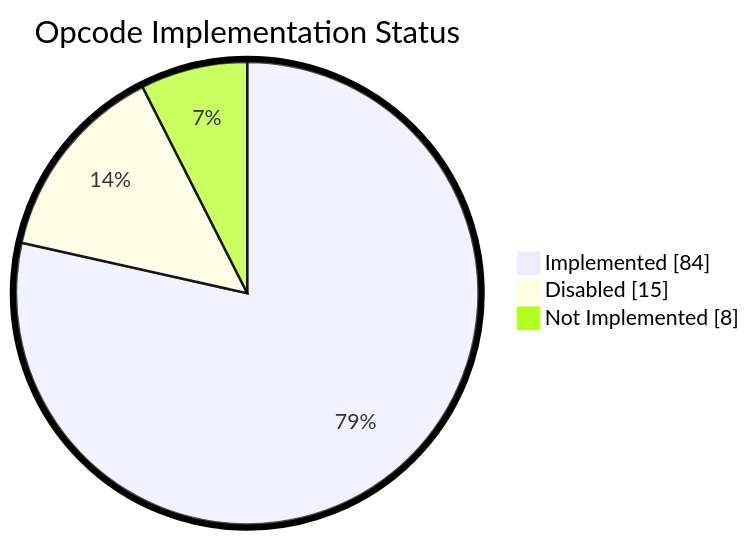
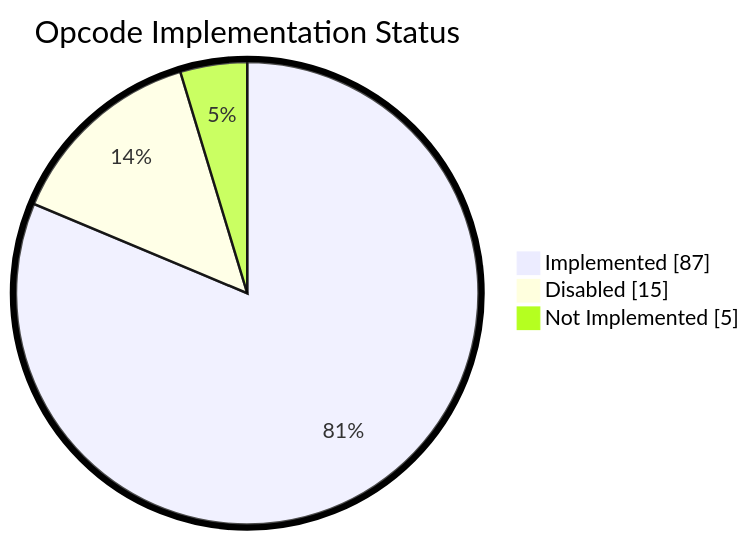
The diagram in README.md (keep-starknet-strange/shinigami), drawn with Mermaid before and after one commit. The commit also changed other lines of this file, not shown here.

````diff
--- a/README.md
+++ b/README.md
@@ -56,8 +56,8 @@
 ```mermaid
 %%{init: {"pie": {"textPosition": 0.75}, "themeVariables": {"pieOuterStrokeWidth": "5px"}} }%%
 pie showData
     title Opcode Implementation Status
-    "Implemented" : 84
+    "Implemented" : 87
     "Disabled" : 15
-    "Not Implemented" : 8
+    "Not Implemented" : 5
 ```
````
